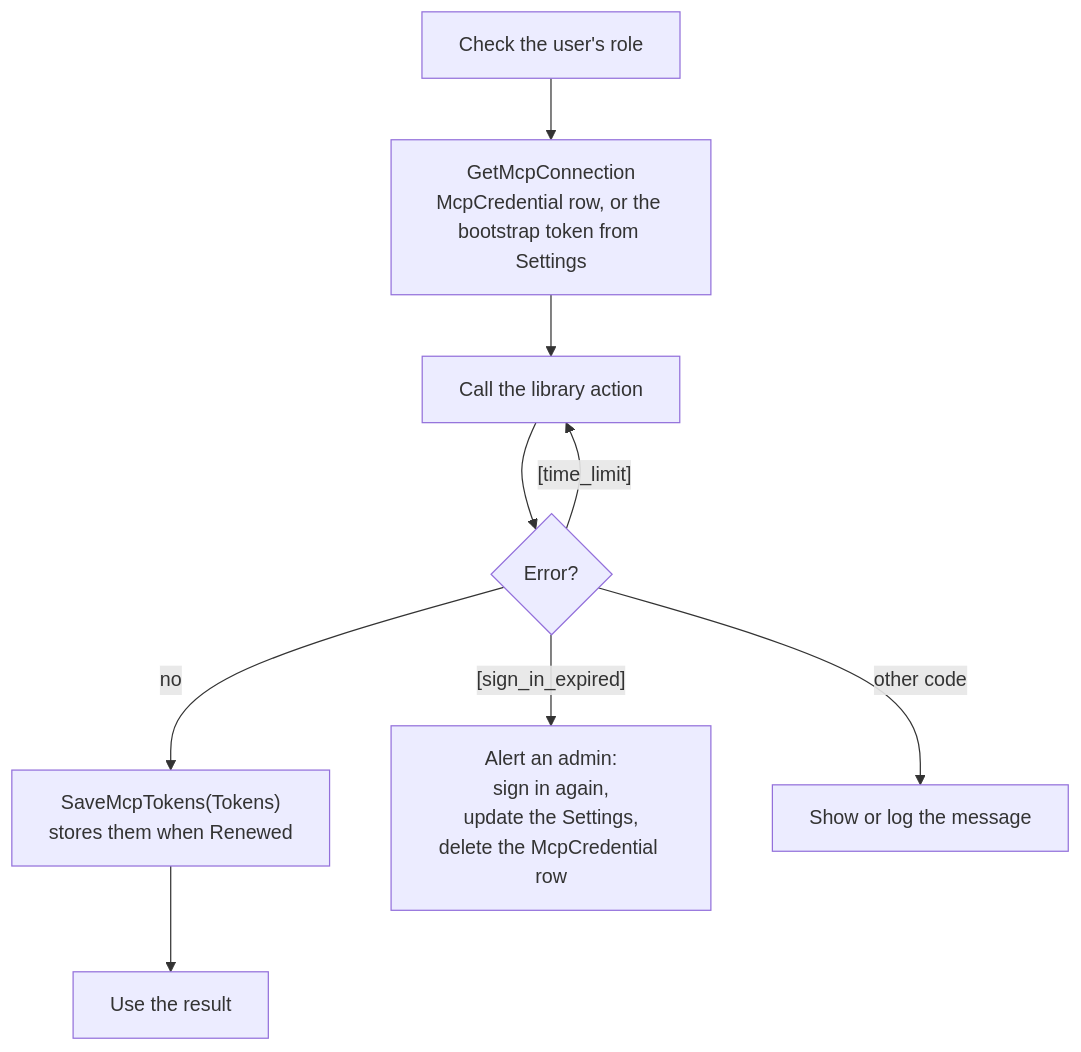
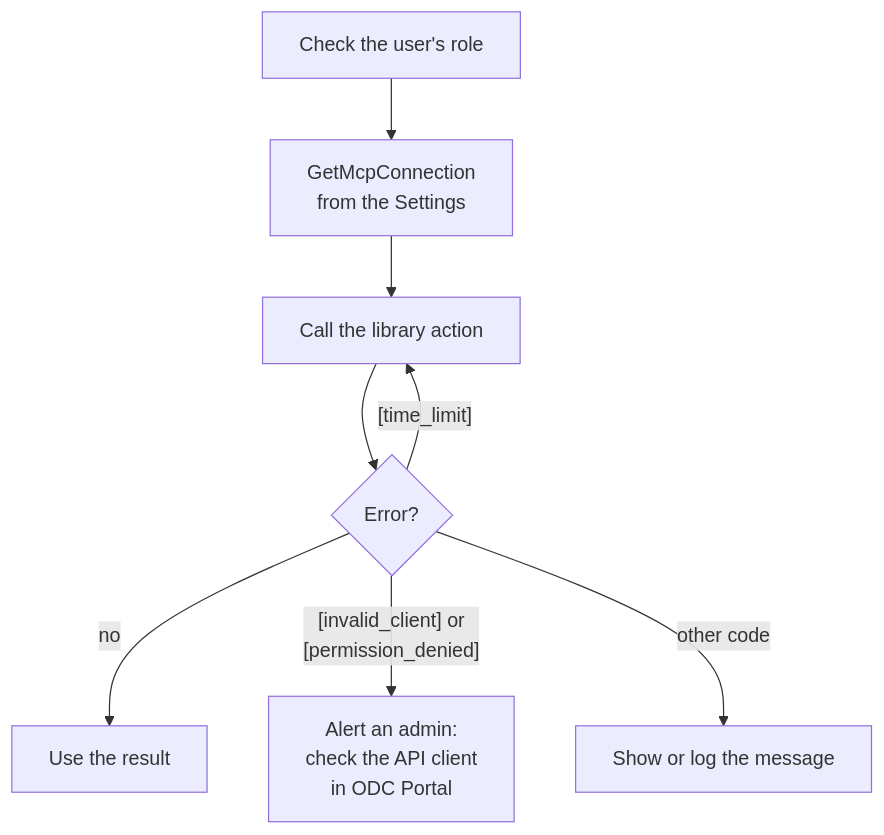
One commit to anapantas/MCPTriage changed the first of 3 diagrams in README.md. Above: the diagram before and after it, drawn with Mermaid. The commit also changed other lines of this file and 13 other files, not shown here.

First line of the commit message:
Sign in as an ODC API client instead of a stored person

````diff
--- a/README.md
+++ b/README.md
@@ -75,11 +71,10 @@
 ```mermaid
 flowchart TD
-    C1["Check the user's role"] --> C2["GetMcpConnection<br/>McpCredential row, or the bootstrap token from Settings"]
+    C1["Check the user's role"] --> C2["GetMcpConnection<br/>from the Settings"]
     C2 --> C3["Call the library action"]
     C3 --> C4{"Error?"}
-    C4 -- "no" --> C5["SaveMcpTokens(Tokens)<br/>stores them when Renewed"]
-    C5 --> C6["Use the result"]
+    C4 -- "no" --> C5["Use the result"]
     C4 -- "[time_limit]" --> C3
-    C4 -- "[sign_in_expired]" --> C7["Alert an admin:<br/>sign in again,<br/>update the Settings,<br/>delete the McpCredential row"]
+    C4 -- "[invalid_client] or<br/>[permission_denied]" --> C7["Alert an admin:<br/>check the API client<br/>in ODC Portal"]
     C4 -- "other code" --> C8["Show or log the message"]
 ```
````
